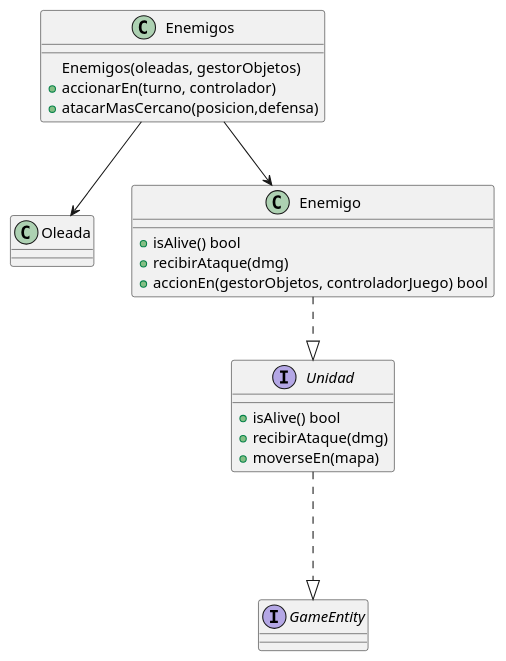
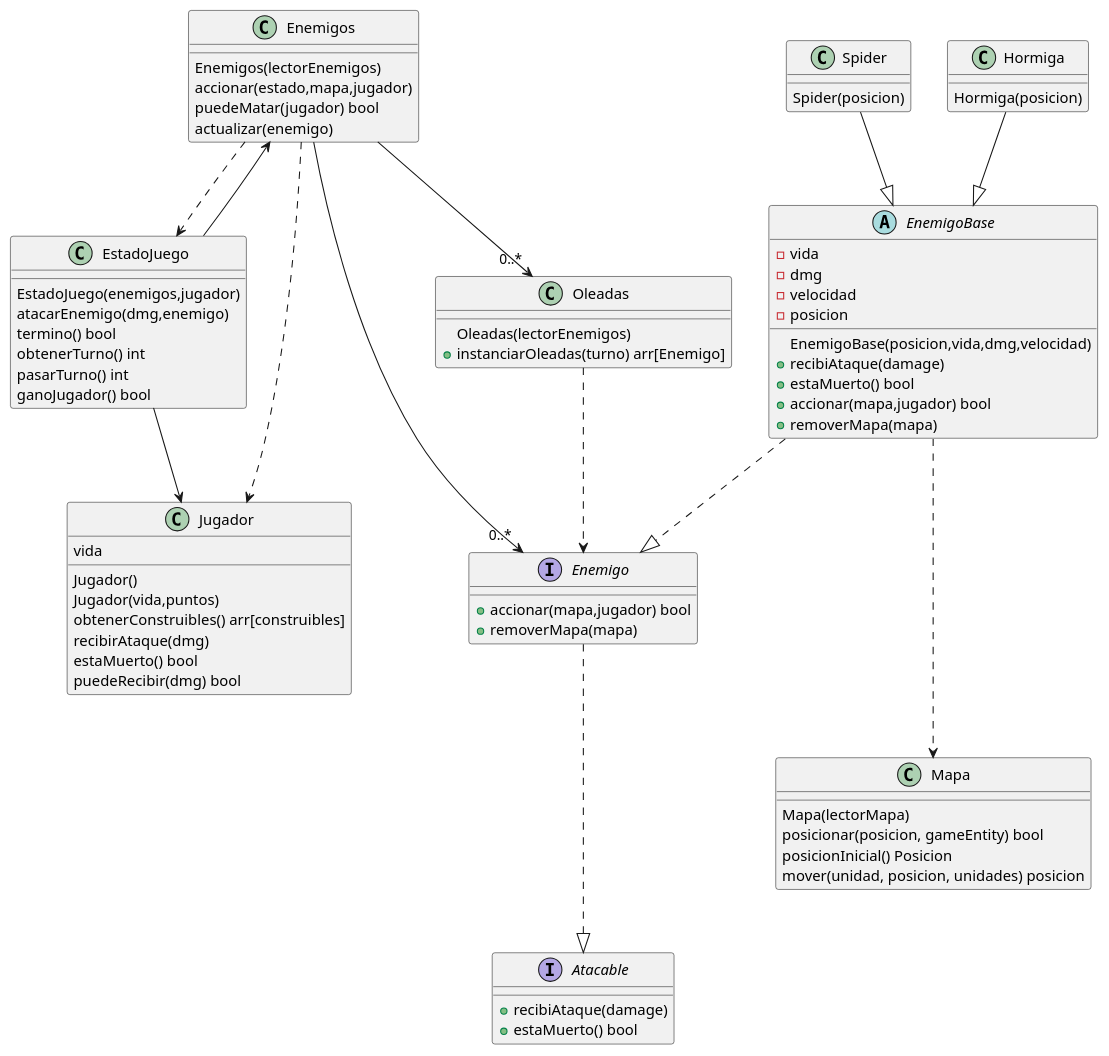
One commit to MarceloAgustinOrigoniGuillaume/Algo3_TP2_1C2023 changed the diagram in diagrams/classes/prototipoMarcelo/enemigos.puml. Above: the diagram before and after it, drawn with PlantUML. The commit also changed 12 other files, not shown here.

First line of the commit message:
update diagrama clases

```diff
--- a/diagrams/classes/prototipoMarcelo/enemigos.puml
+++ b/diagrams/classes/prototipoMarcelo/enemigos.puml
@@ -1,35 +1,95 @@
 @startuml
 
-class Oleada{
 
+class Mapa{
+    Mapa(lectorMapa)
+    posicionar(posicion, gameEntity) bool
+    posicionInicial() Posicion
+    mover(unidad, posicion, unidades) posicion
+}
+
+class EstadoJuego{
+     EstadoJuego(enemigos,jugador)
+     atacarEnemigo(dmg,enemigo)
+     termino() bool
+     obtenerTurno() int
+     pasarTurno() int
+     ganoJugador() bool
+}
+
+class Jugador{
+    vida
+    Jugador()
+    Jugador(vida,puntos)
+    obtenerConstruibles() arr[construibles]
+    recibirAtaque(dmg)
+    estaMuerto() bool
+    puedeRecibir(dmg) bool
+}
+
+class Enemigos{
+    Enemigos(lectorEnemigos)
+    accionar(estado,mapa,jugador)
+    puedeMatar(jugador) bool
+    actualizar(enemigo)
 }
 
 
-class Enemigos{
-    Enemigos(oleadas, gestorObjetos)
-    + accionarEn(turno, controlador)
-    + atacarMasCercano(posicion,defensa)
+interface Atacable{
+     +recibiAtaque(damage)
+     +estaMuerto() bool
+}
+interface Enemigo{
+     +accionar(mapa,jugador) bool
+     +removerMapa(mapa)
 }
 
-interface Unidad{
-    + isAlive() bool
-    + recibirAtaque(dmg)
-    + moverseEn(mapa)
+class Oleadas{
+    Oleadas(lectorEnemigos)
+    +instanciarOleadas(turno) arr[Enemigo]
 }
 
+abstract class EnemigoBase{
+    - vida
+    - dmg
+    - velocidad
+    - posicion
+    EnemigoBase(posicion,vida,dmg,velocidad)
+    +recibiAtaque(damage)
+    +estaMuerto() bool
+    +accionar(mapa,jugador) bool
+    +removerMapa(mapa)
+}
+
+class Spider{
+    Spider(posicion)
+}
+
+class Hormiga{
+    Hormiga(posicion)
+}
+
+EstadoJuego-->Jugador
+
+EstadoJuego-->Enemigos
+
+Enemigos--> "0..*" Enemigo
+Enemigos--> "0..*" Oleadas
 
 
-class Enemigo{
-    + isAlive() bool
-    + recibirAtaque(dmg)
-    + accionEn(gestorObjetos, controladorJuego) bool
-}
+Enemigos ..> EstadoJuego
 
-interface GameEntity
-Unidad...|> GameEntity
 
-Enemigos --> Enemigo
-Enemigo ..|> Unidad
-Enemigos --> Oleada
+Enemigos ..> Jugador
+Enemigo ...|> Atacable
+
+Oleadas ..> Enemigo
+
+EnemigoBase ..|> Enemigo
+Spider --|> EnemigoBase
+Hormiga --|> EnemigoBase
+
+EnemigoBase ...>Mapa
+
 
 @enduml
```
